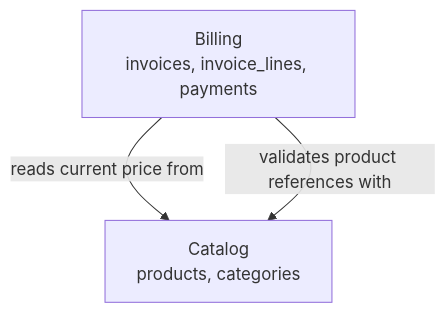
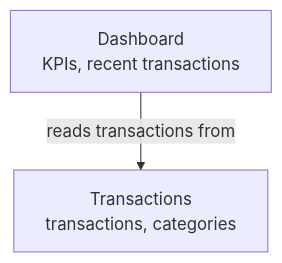
Before and after one commit to Naudi13/budget-tracker: the diagram in docs/02-domain/domain-map.md, drawn with Mermaid. The commit also changed other lines of this file and 2 other files, not shown here.

First line of the commit message:
docs: define the transactions and dashboard bounded contexts

````diff
--- a/docs/02-domain/domain-map.md
+++ b/docs/02-domain/domain-map.md
@@ -10,8 +5,7 @@
 ```mermaid
 graph TD
-    Catalog["Catalog<br/>products, categories"]
-    Billing["Billing<br/>invoices, invoice_lines, payments"]
+    Transactions["Transactions<br/>transactions, categories"]
+    Dashboard["Dashboard<br/>KPIs, recent transactions"]
 
-    Billing -->|reads current price from| Catalog
-    Billing -->|validates product references with| Catalog
+    Dashboard -->|reads transactions from| Transactions
 ```
````
